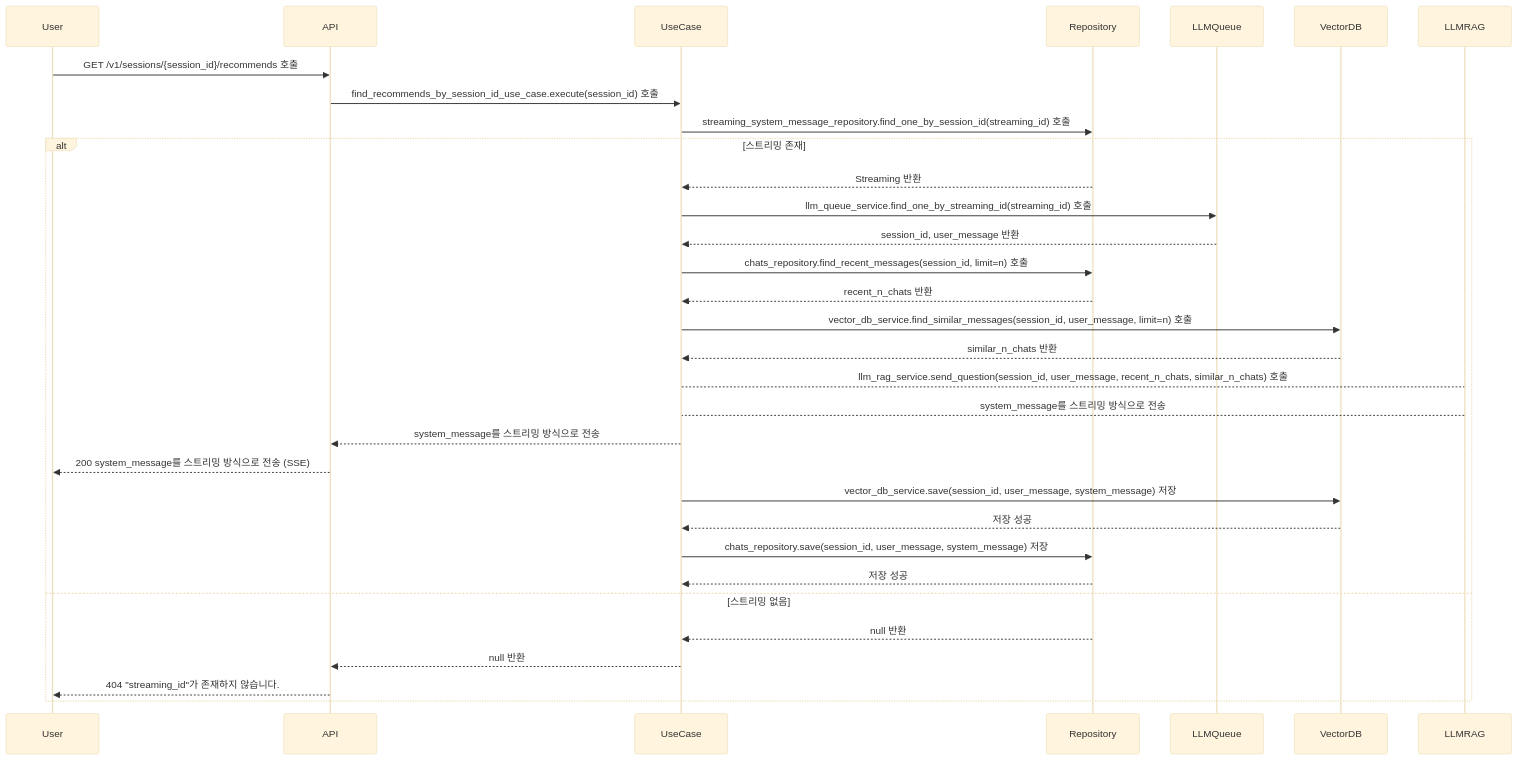
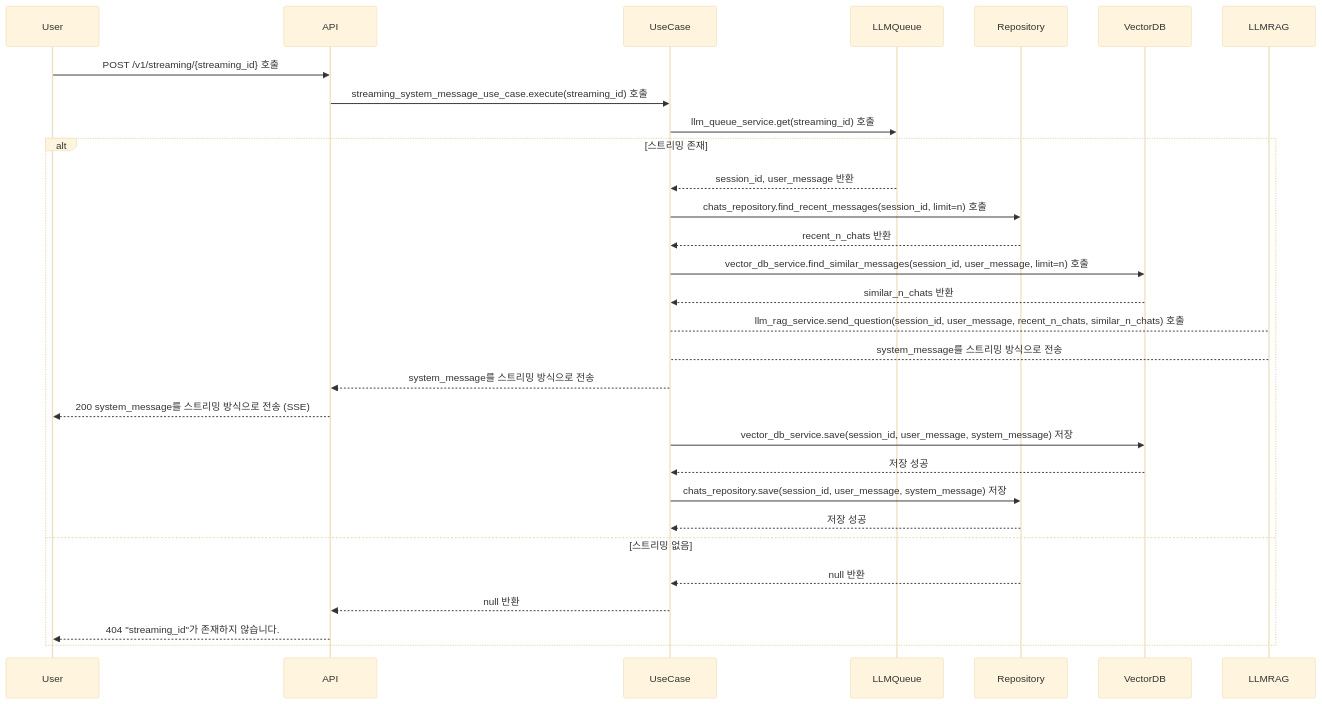
One commit to JeHwanYoo/naver-smart-store-rag-chatbot changed the fourth of 4 diagrams in README.md. Above: the diagram before and after it, drawn with Mermaid (base theme). The commit also changed other lines of this file, not shown here.

Commit message:
🐛fix(README): 스트리밍 방식 설계 미스 수정

````diff
--- a/README.md
+++ b/README.md
@@ -240,27 +240,25 @@
 ```mermaid
 sequenceDiagram
-    User ->> API: GET /v1/sessions/{session_id}/recommends 호출
-    API ->> UseCase: find_recommends_by_session_id_use_case.execute(session_id) 호출
-    UseCase ->> Repository: streaming_system_message_repository.find_one_by_session_id(streaming_id) 호출
+    User ->> API: POST /v1/streaming/{streaming_id} 호출
+    API ->> UseCase: streaming_system_message_use_case.execute(streaming_id) 호출
+    UseCase ->> LLMQueue: llm_queue_service.get(streaming_id) 호출
     alt 스트리밍 존재
-        Repository -->> UseCase: Streaming 반환
-        UseCase ->> LLMQueue: llm_queue_service.find_one_by_streaming_id(streaming_id) 호출
         LLMQueue -->> UseCase: session_id, user_message 반환
         UseCase ->> Repository: chats_repository.find_recent_messages(session_id, limit=n) 호출
         Repository -->> UseCase: recent_n_chats 반환
         UseCase ->> VectorDB: vector_db_service.find_similar_messages(session_id, user_message, limit=n) 호출
         VectorDB -->> UseCase: similar_n_chats 반환
         UseCase --> LLMRAG: llm_rag_service.send_question(session_id, user_message, recent_n_chats, similar_n_chats) 호출
         LLMRAG --> UseCase: system_message를 스트리밍 방식으로 전송
         UseCase -->> API: system_message를 스트리밍 방식으로 전송
         API -->> User: 200 system_message를 스트리밍 방식으로 전송 (SSE)
         UseCase ->> VectorDB: vector_db_service.save(session_id, user_message, system_message) 저장
         VectorDB -->> UseCase: 저장 성공
         UseCase ->> Repository: chats_repository.save(session_id, user_message, system_message) 저장
         Repository -->> UseCase: 저장 성공
     else 스트리밍 없음
         Repository -->> UseCase: null 반환
         UseCase -->> API: null 반환
         API -->> User: 404 "streaming_id"가 존재하지 않습니다.
     end
 ```
````
